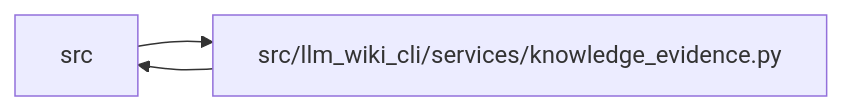
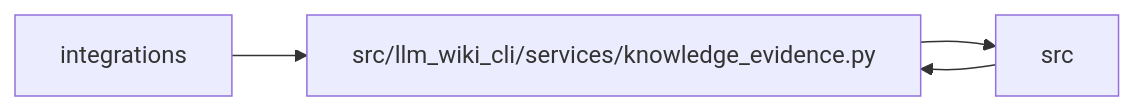
The diagram in docs/llm_wiki/modules/knowledge_evidence.md (Denissvgn/python-wiki-llm), drawn with Mermaid before and after one commit. The commit also changed other lines of this file and 369 other files, not shown here.

````diff
--- a/docs/llm_wiki/modules/knowledge_evidence.md
+++ b/docs/llm_wiki/modules/knowledge_evidence.md
@@ -51,8 +51,10 @@
 ```mermaid
 flowchart LR
-    n0["src"]
-    n1["src/llm_wiki_cli/services/knowledge_evidence.py"]
-    n0 --> n1
-    n1 --> n0
-    click n1 "../modules/knowledge_evidence.md"
+    n0["integrations"]
+    n1["src"]
+    n2["src/llm_wiki_cli/services/knowledge_evidence.py"]
+    n0 --> n2
+    n1 --> n2
+    n2 --> n1
+    click n2 "../modules/knowledge_evidence.md"
 ```
````
